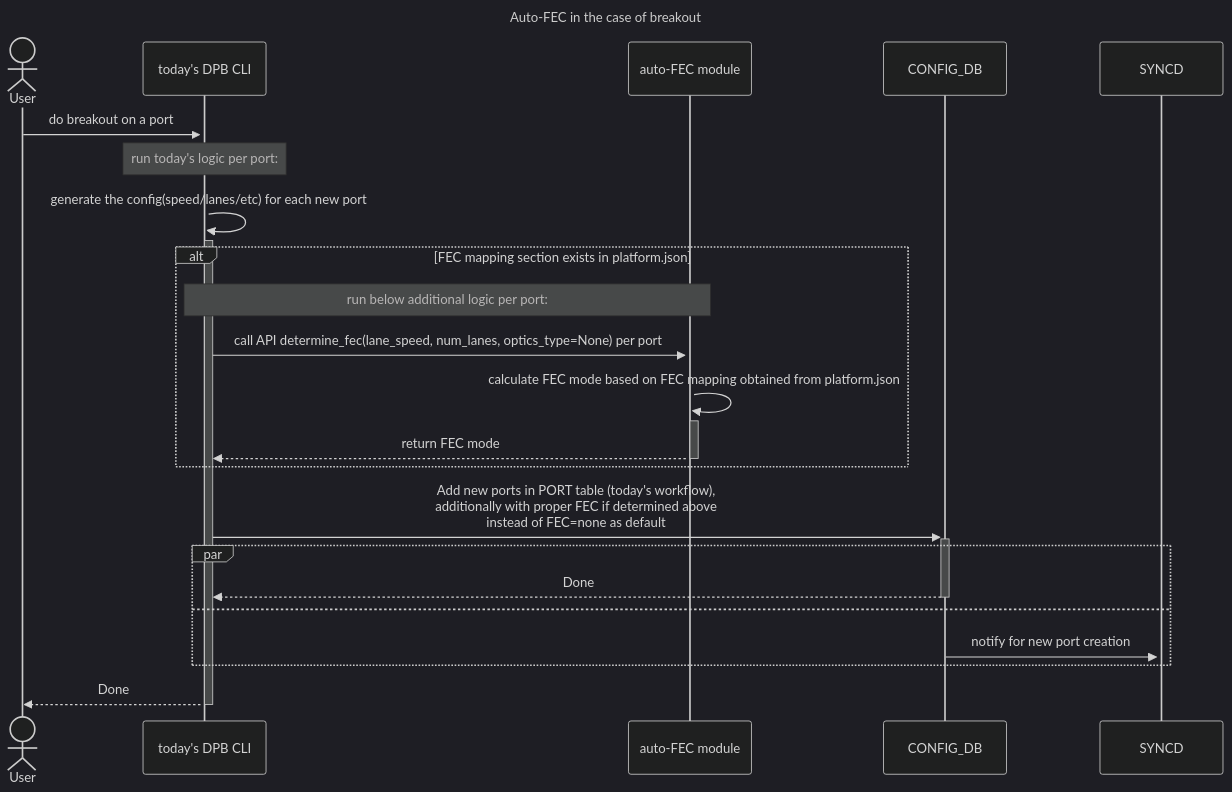
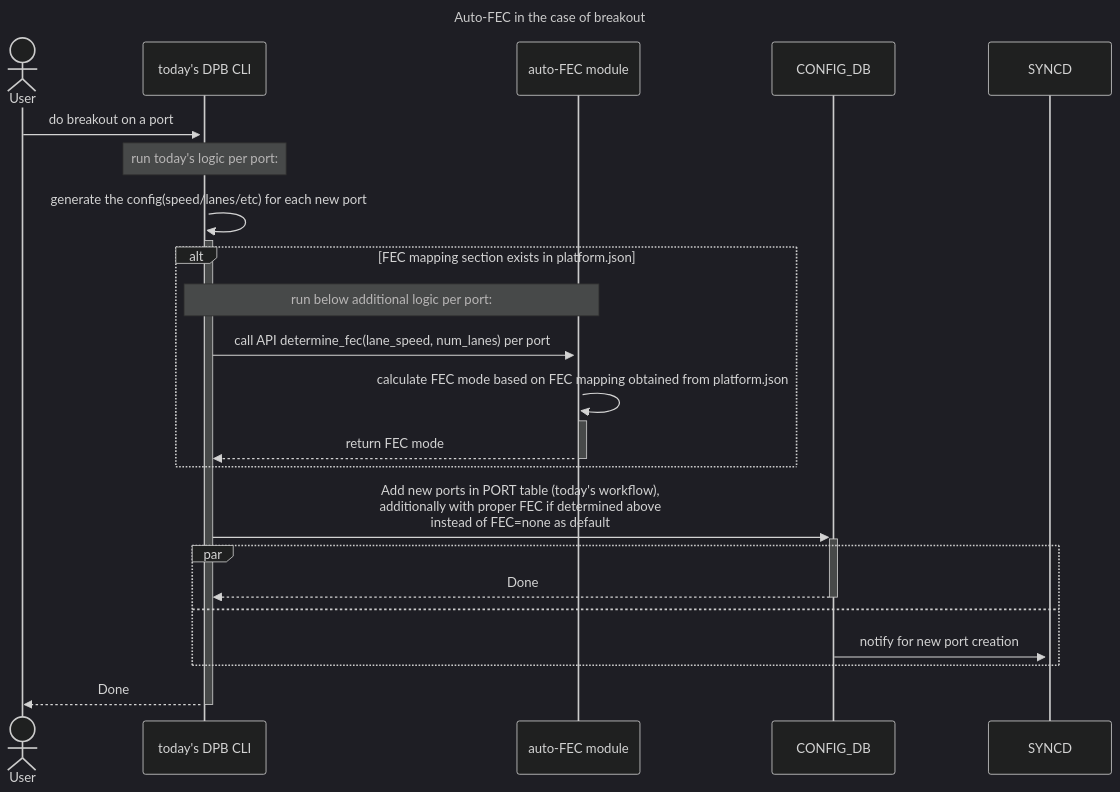
Before and after one commit to sonic-net/SONiC: the first of 2 diagrams in doc/port-fec/auto-fec.md, drawn with Mermaid (dark theme). The commit also changed other lines of this file, not shown here.

````diff
--- a/doc/port-fec/auto-fec.md
+++ b/doc/port-fec/auto-fec.md
@@ -3,32 +3,32 @@
 ```mermaid
 sequenceDiagram
     title Auto-FEC in the case of breakout
 
     actor user as User
     participant dpb_cli as today's DPB CLI
     participant auto_fec as auto-FEC module
     participant config_db as CONFIG_DB
     participant syncd as SYNCD
 
 
     user ->>+ dpb_cli: do breakout on a port
     note over dpb_cli: run today's logic per port:
     dpb_cli ->>+ dpb_cli: generate the config(speed/lanes/etc) for each new port
 
     alt FEC mapping section exists in platform.json
         note over dpb_cli,auto_fec: run below additional logic per port:
-        dpb_cli ->>+ auto_fec: call API determine_fec(lane_speed, num_lanes, optics_type=None) per port
+        dpb_cli ->>+ auto_fec: call API determine_fec(lane_speed, num_lanes) per port
         auto_fec ->>+ auto_fec: calculate FEC mode based on FEC mapping obtained from platform.json
         auto_fec -->>- dpb_cli: return FEC mode
     end
 
     dpb_cli ->>+ config_db: Add new ports in PORT table (today's workflow), <BR> additionally with proper FEC if determined above <BR> instead of FEC=none as default
 
     par
         config_db -->>- dpb_cli: Done
     and
         config_db ->>+ syncd: notify for new port creation
     end
 
     dpb_cli -->>- user: Done
 ```
````
